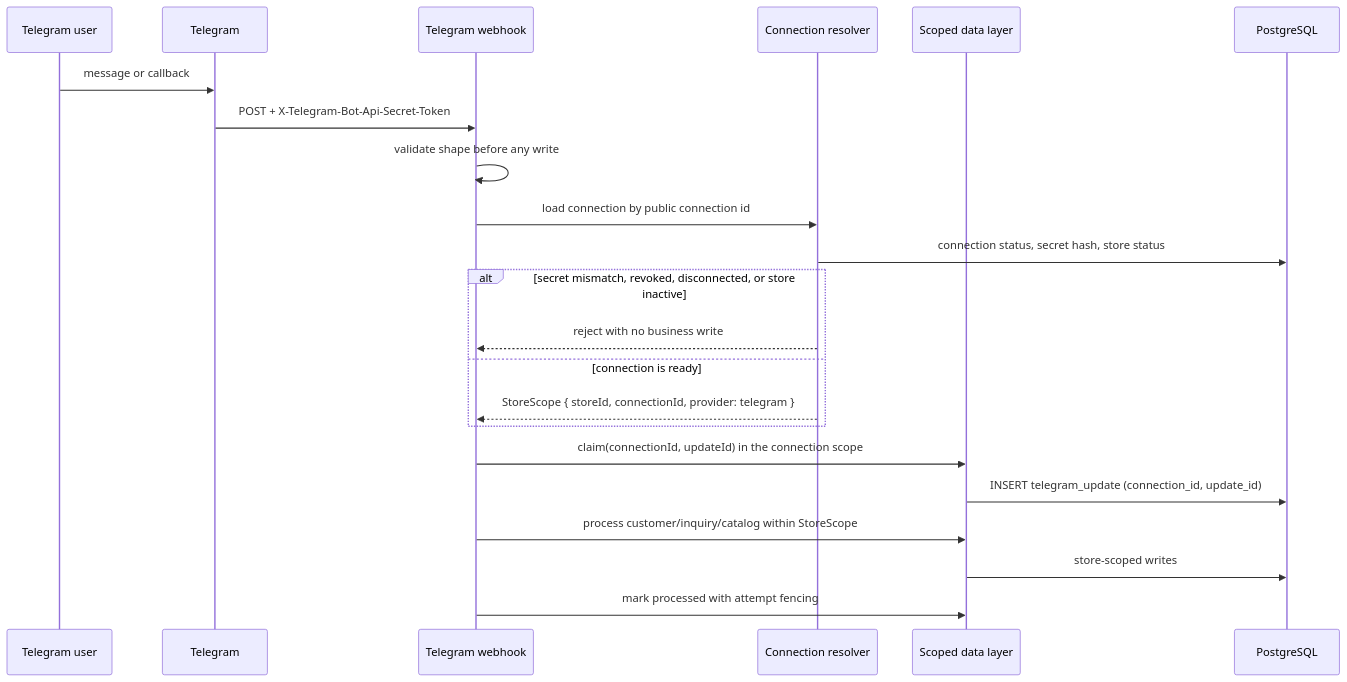
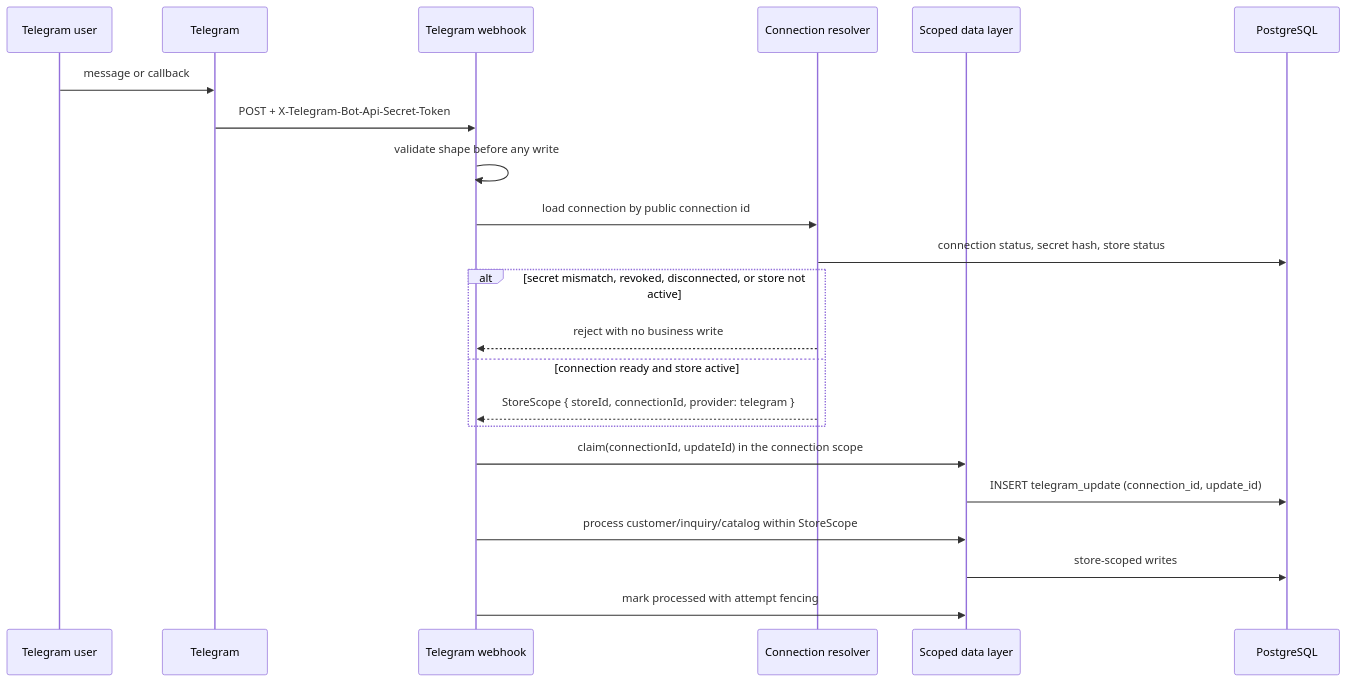
Before and after one commit to geekammar/Rabet: the fifth of 7 diagrams in docs/SAAS_MVP_ARCHITECTURE.md, drawn with Mermaid. The commit also changed other lines of this file and 1 other file, not shown here.

````diff
--- a/docs/SAAS_MVP_ARCHITECTURE.md
+++ b/docs/SAAS_MVP_ARCHITECTURE.md
@@ -400,25 +484,25 @@
 ```mermaid
 sequenceDiagram
   participant U as Telegram user
   participant T as Telegram
   participant W as Telegram webhook
   participant C as Connection resolver
   participant D as Scoped data layer
   participant P as PostgreSQL
 
   U->>T: message or callback
   T->>W: POST + X-Telegram-Bot-Api-Secret-Token
   W->>W: validate shape before any write
   W->>C: load connection by public connection id
   C->>P: connection status, secret hash, store status
-  alt secret mismatch, revoked, disconnected, or store inactive
+  alt secret mismatch, revoked, disconnected, or store not active
     C-->>W: reject with no business write
-  else connection is ready
+  else connection ready and store active
     C-->>W: StoreScope { storeId, connectionId, provider: telegram }
   end
   W->>D: claim(connectionId, updateId) in the connection scope
   D->>P: INSERT telegram_update (connection_id, update_id)
   W->>D: process customer/inquiry/catalog within StoreScope
   D->>P: store-scoped writes
   W->>D: mark processed with attempt fencing
 ```
````
